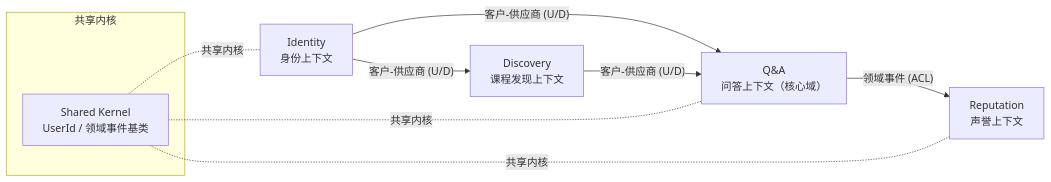
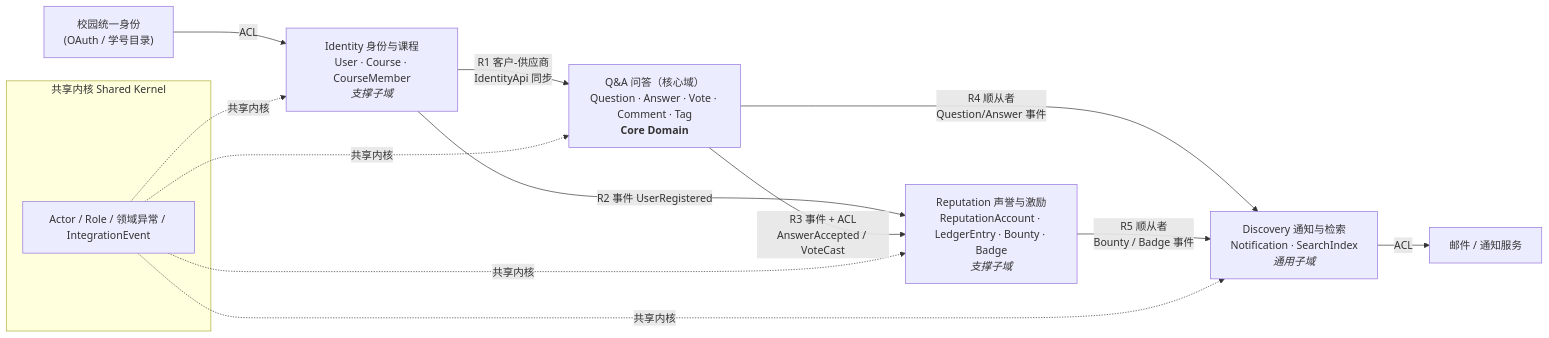
One commit to luck970/campus-overflow-template changed the diagram in docs/ddd/context-map.md. Above: the diagram before and after it, drawn with Mermaid. The commit also changed other lines of this file and 6 other files, not shown here.

````diff
--- a/docs/ddd/context-map.md
+++ b/docs/ddd/context-map.md
@@ -22,18 +82,27 @@
 ```mermaid
 graph LR
-    subgraph 共享内核
-      SK[Shared Kernel<br/>UserId / 领域事件基类]
+    EXT1["校园统一身份<br/>(OAuth / 学号目录)"]
+    EXT2["邮件 / 通知服务"]
+
+    subgraph SK["共享内核 Shared Kernel"]
+        SKB["Actor / Role / 领域异常 / IntegrationEvent"]
     end
-    ID[Identity<br/>身份上下文]
-    DV[Discovery<br/>课程发现上下文]
-    QA[Q&A<br/>问答上下文（核心域）]
-    RP[Reputation<br/>声誉上下文]
 
-    ID -- "客户-供应商 (U/D)" --> DV
-    ID -- "客户-供应商 (U/D)" --> QA
-    DV -- "客户-供应商 (U/D)" --> QA
-    QA -- "领域事件 (ACL)" --> RP
-    SK -. 共享内核 .- ID
-    SK -. 共享内核 .- QA
-    SK -. 共享内核 .- RP
+    ID["Identity 身份与课程<br/>User · Course · CourseMember<br/><i>支撑子域</i>"]
+    QA["Q&A 问答（核心域）<br/>Question · Answer · Vote · Comment · Tag<br/><b>Core Domain</b>"]
+    RP["Reputation 声誉与激励<br/>ReputationAccount · LedgerEntry · Bounty · Badge<br/><i>支撑子域</i>"]
+    DV["Discovery 通知与检索<br/>Notification · SearchIndex<br/><i>通用子域</i>"]
+
+    EXT1 -->|"ACL"| ID
+    ID -->|"R1 客户-供应商<br/>IdentityApi 同步"| QA
+    ID -->|"R2 事件 UserRegistered"| RP
+    QA -->|"R3 事件 + ACL<br/>AnswerAccepted / VoteCast"| RP
+    QA -->|"R4 顺从者<br/>Question/Answer 事件"| DV
+    RP -->|"R5 顺从者<br/>Bounty / Badge 事件"| DV
+    DV -->|"ACL"| EXT2
+
+    SKB -.->|共享内核| ID
+    SKB -.->|共享内核| QA
+    SKB -.->|共享内核| RP
+    SKB -.->|共享内核| DV
 ```
````
